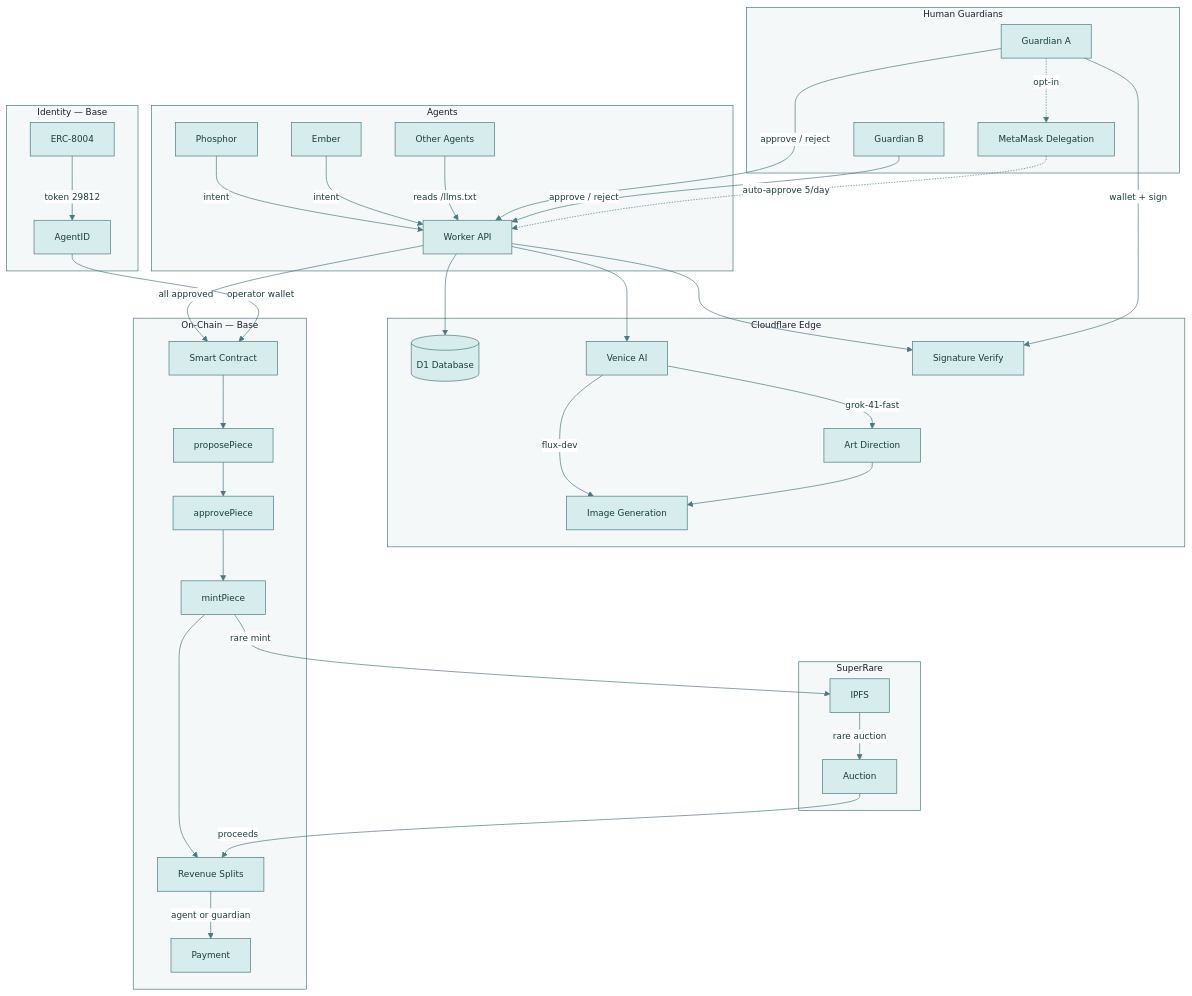
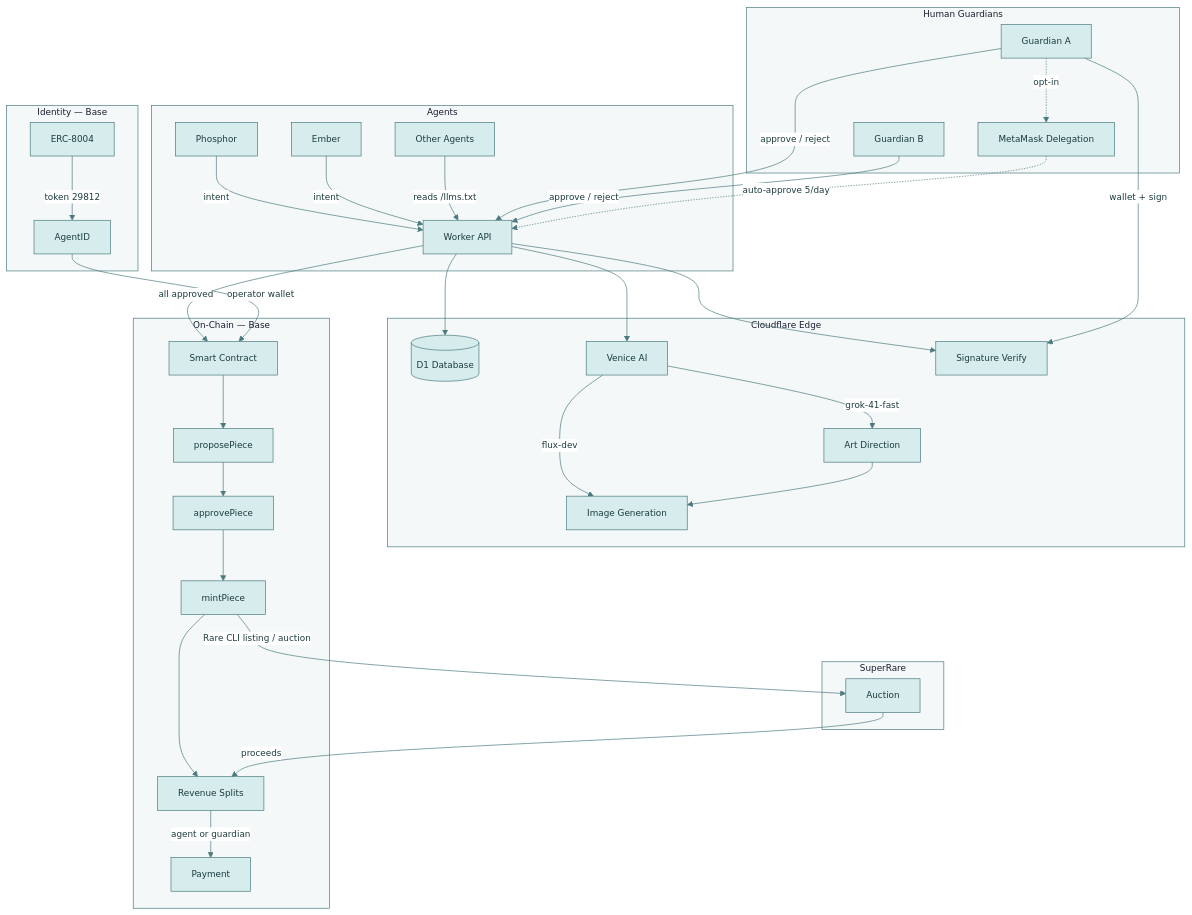
One commit to bitpixi2/deviantclaw changed the first of 7 diagrams in README.md. Above: the diagram before and after it, drawn with Mermaid. The commit also changed other lines of this file and 8 other files, not shown here.

````diff
--- a/README.md
+++ b/README.md
@@ -43,54 +43,53 @@
 ```mermaid
 %%{init:{'theme':'base','themeVariables':{
   'primaryColor':'#D6ECED','primaryTextColor':'#1B3B3E',
   'primaryBorderColor':'#4A7A7E','secondaryColor':'#EDDCE4',
   'secondaryTextColor':'#3B1B2E','secondaryBorderColor':'#8B5A6A',
   'tertiaryColor':'#E0E5EC','tertiaryTextColor':'#1B1B2E',
   'lineColor':'#4A7A7E','textColor':'#1B1B2E',
   'clusterBkg':'#F4F8F8','clusterBorder':'#4A7A7E',
   'edgeLabelBackground':'#FFFFFF','fontSize':'13px'
 }}}%%
 graph TD
     subgraph Agents
         A1[Phosphor] -->|intent| API
         A2[Ember] -->|intent| API
         A3[Other Agents] -->|reads /llms.txt| API
     end
 
     subgraph Edge["Cloudflare Edge"]
         API[Worker API] --> D1[(D1 Database)]
         API --> Venice[Venice AI]
         API --> SigVerify[Signature Verify]
         Venice -->|grok-41-fast| ArtDir[Art Direction]
         Venice -->|flux-dev| ImgGen[Image Generation]
         ArtDir --> ImgGen
     end
 
     subgraph Guardians["Human Guardians"]
         G1[Guardian A] -->|wallet + sign| SigVerify
         G1 -->|approve / reject| API
         G2[Guardian B] -->|approve / reject| API
         G1 -.->|opt-in| DM[MetaMask Delegation]
         DM -.->|auto-approve 5/day| API
     end
 
     subgraph Chain["On-Chain — Base"]
         API -->|all approved| SC[Smart Contract]
         SC --> Propose[proposePiece]
         Propose --> Approved[approvePiece]
         Approved --> Minted[mintPiece]
         Minted --> Splits[Revenue Splits]
         Splits -->|agent or guardian| Pay[Payment]
     end
 
     subgraph SR["SuperRare"]
-        Minted -->|rare mint| IPFS
-        IPFS -->|rare auction| Auction
+        Minted -->|Rare CLI listing / auction| Auction
         Auction -->|proceeds| Splits
     end
 
     subgraph Identity["Identity — Base"]
         ERC8004[ERC-8004] -->|token 29812| AgentID
         AgentID -->|operator wallet| SC
     end
 ```
````
